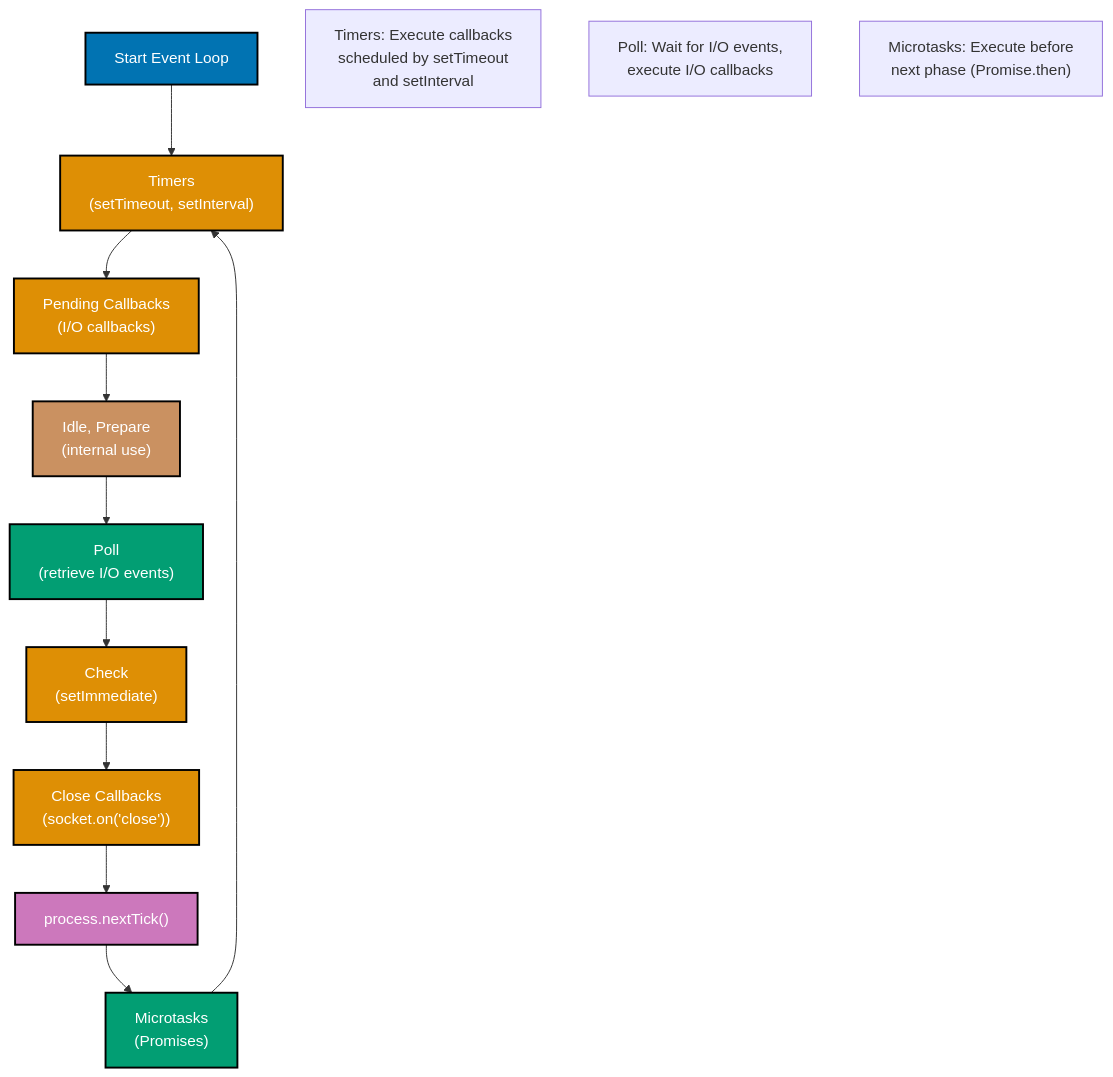
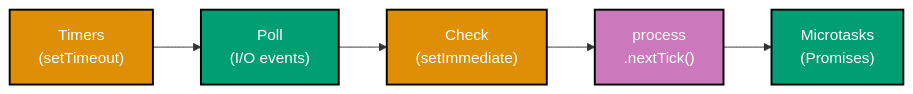
The first of 8 diagrams in docs/explanation/software-engineering/programming-languages/typescript/concurrency-and-parallelism.md (wahidyankf/ose-primer), drawn with Mermaid before and after one commit. The commit also changed other lines of this file and 16 other files, not shown here.

Commit message:
fix(docs): fix mermaid violations in typescript/ docs (batch 1/10)

````diff
--- a/docs/explanation/software-engineering/programming-languages/typescript/concurrency-and-parallelism.md
+++ b/docs/explanation/software-engineering/programming-languages/typescript/concurrency-and-parallelism.md
@@ -29,23 +31,15 @@
 ```mermaid
 %% Color Palette: Blue #0173B2, Orange #DE8F05, Teal #029E73, Purple #CC78BC, Brown #CA9161
-graph TD
-    Start["Start Event Loop"]:::blue --> Timers["Timers<br/>#40;setTimeout, setInterval#41;"]:::orange
-    Timers --> Pending["Pending Callbacks<br/>#40;I/O callbacks#41;"]:::orange
-    Pending --> Idle["Idle, Prepare<br/>#40;internal use#41;"]:::brown
-    Idle --> Poll["Poll<br/>#40;retrieve I/O events#41;"]:::teal
-    Poll --> Check["Check<br/>#40;setImmediate#41;"]:::orange
-    Check --> Close["Close Callbacks<br/>#40;socket.on#40;'close'#41;#41;"]:::orange
-    Close --> NextTick["process.nextTick#40;#41;"]:::purple
-    NextTick --> Microtasks["Microtasks<br/>#40;Promises#41;"]:::teal
-    Microtasks --> Timers
+graph LR
+    Timers["Timers<br/>(setTimeout)"]:::orange
+    Poll["Poll<br/>(I/O events)"]:::teal
+    Check["Check<br/>(setImmediate)"]:::orange
+    NextTick["process<br/>.nextTick()"]:::purple
+    Microtasks["Microtasks<br/>(Promises)"]:::teal
 
-    Note1["Timers: Execute callbacks<br/>scheduled by setTimeout<br/>and setInterval"]
-    Note2["Poll: Wait for I/O events,<br/>execute I/O callbacks"]
-    Note3["Microtasks: Execute before<br/>next phase #40;Promise.then#41;"]
+    Timers --> Poll --> Check --> NextTick --> Microtasks
 
-    classDef blue fill:#0173B2,stroke:#000000,color:#FFFFFF,stroke-width:2px
     classDef orange fill:#DE8F05,stroke:#000000,color:#FFFFFF,stroke-width:2px
     classDef teal fill:#029E73,stroke:#000000,color:#FFFFFF,stroke-width:2px
     classDef purple fill:#CC78BC,stroke:#000000,color:#FFFFFF,stroke-width:2px
-    classDef brown fill:#CA9161,stroke:#000000,color:#FFFFFF,stroke-width:2px
 ```
````
